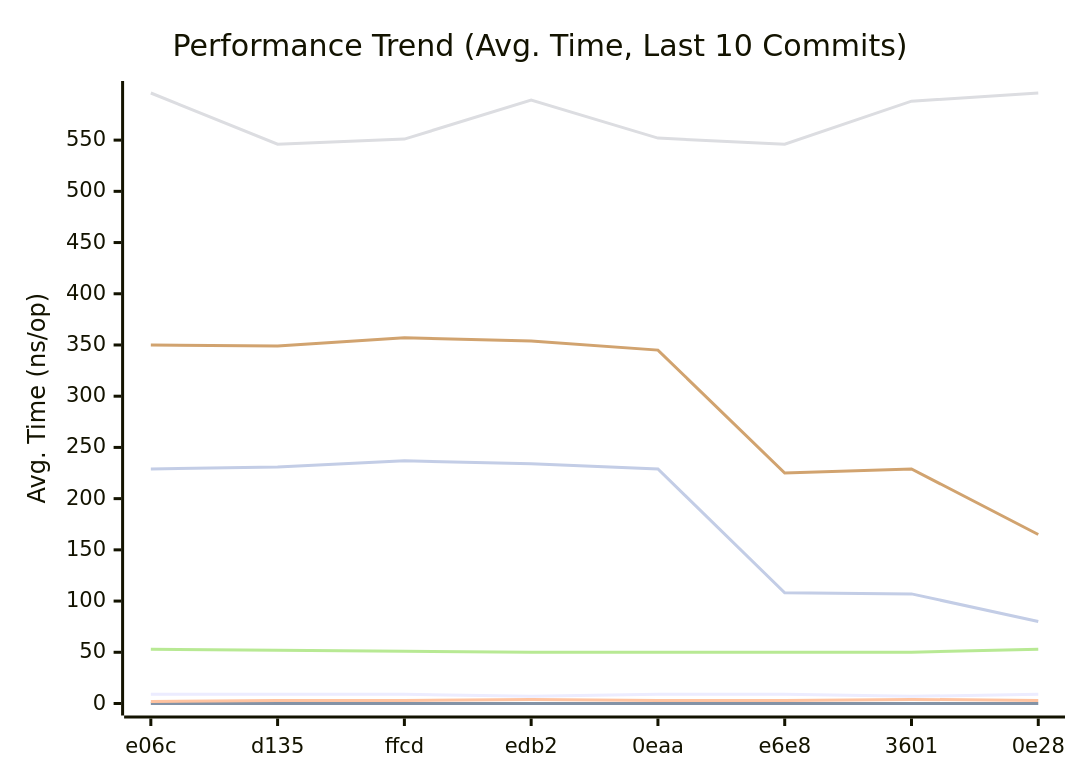
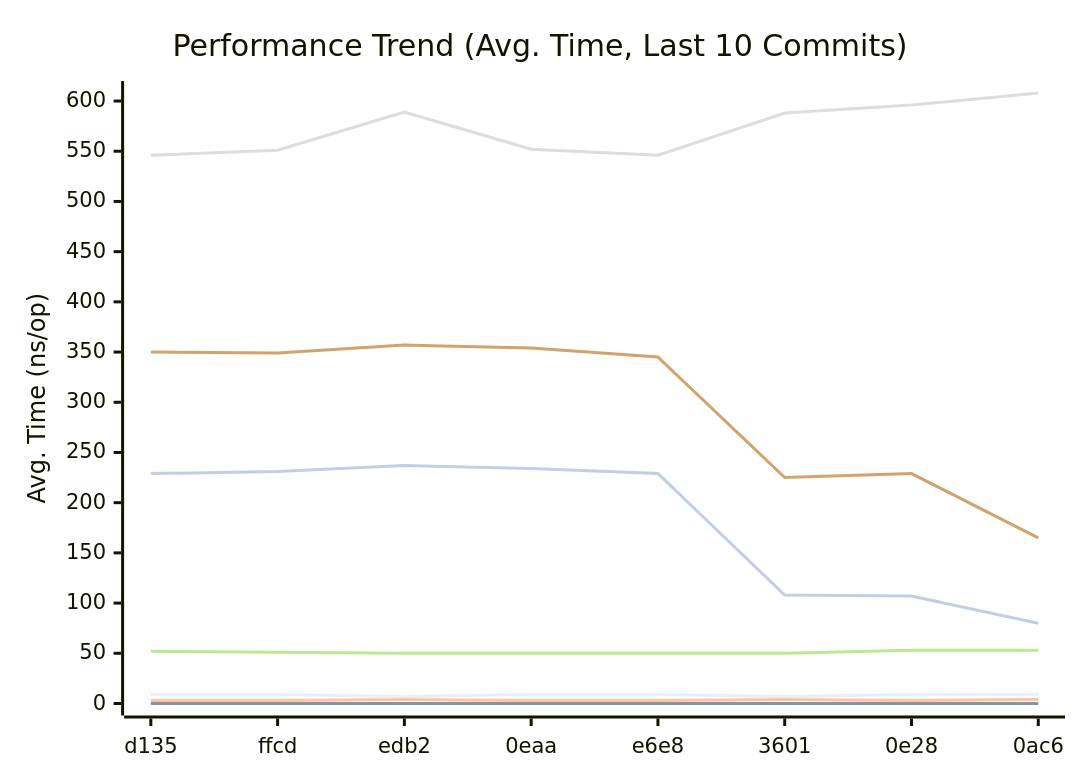
The first of 3 diagrams in docs/README.md (alsotoes/momo), drawn with Mermaid before and after one commit. The commit also changed other lines of this file and 1 other file, not shown here.

````diff
--- a/docs/README.md
+++ b/docs/README.md
@@ -303,14 +303,14 @@
 ```mermaid
 xychart-beta
     title "Performance Trend (Avg. Time, Last 10 Commits)"
     x-axis "Commit"
     y-axis "Avg. Time (ns/op)"
-    x-axis [e06c,d135,ffcd,edb2,0eaa,e6e8,3601,0e28]
-    line "CheckMetricsAndSwap" [9,9,9,7,9,9,7,9,9,8]
+    x-axis [d135,ffcd,edb2,0eaa,e6e8,3601,0e28,0ac6]
+    line "CheckMetricsAndSwap" [9,9,7,9,9,7,9,9,8,9]
     line "IndexDirectTracking" [0,0,0,0,0,0,0,0,0,0]
-    line "IndexSearch" [2,3,3,4,3,3,4,3,4,4]
-    line "LoadGlobalConfig" [596,546,551,589,552,546,588,596,608,611]
-    line "PadString" [53,52,51,50,50,50,50,53,53,50]
+    line "IndexSearch" [3,3,4,3,3,4,3,4,4,3]
+    line "LoadGlobalConfig" [546,551,589,552,546,588,596,608,611,552]
+    line "PadString" [52,51,50,50,50,50,53,53,50,50]
     line "ParseReplicationOrder_NoPrealloc" [350,349,357,354,345,225,229,165,232,234]
     line "ParseReplicationOrder_Prealloc" [229,231,237,234,229,108,107,80,110,109]
 ```
````
